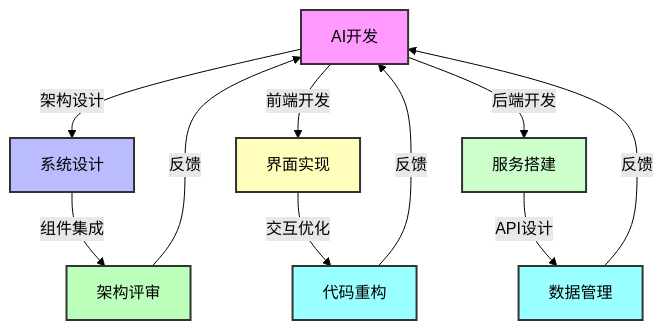
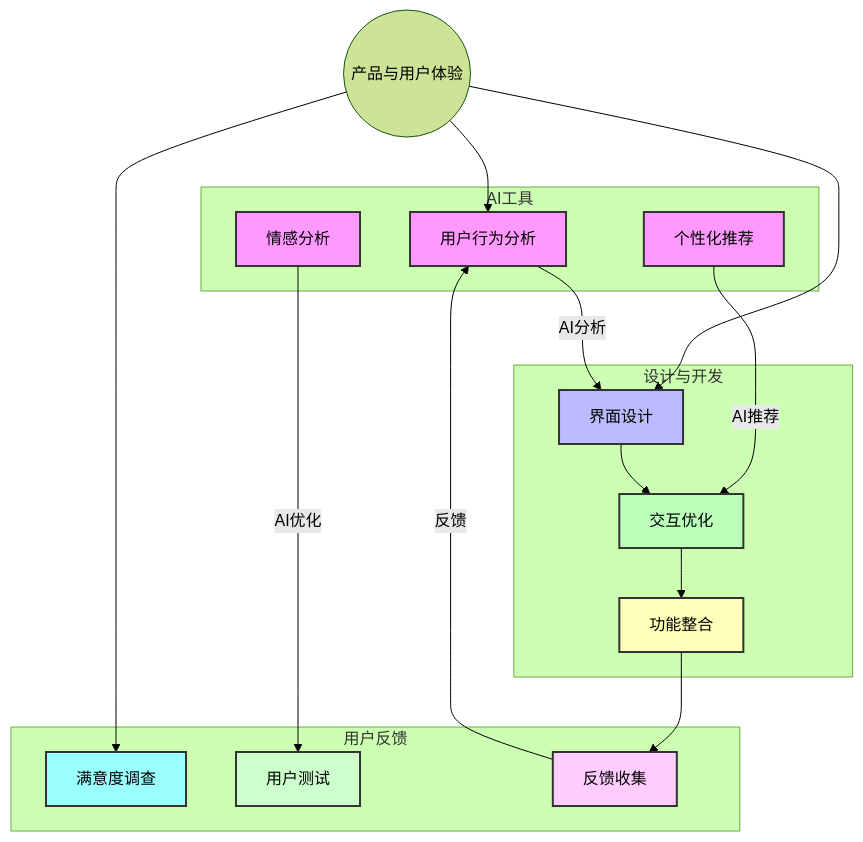
The third of 8 diagrams in advanced/前言.md (wutongci/cursor-courses), drawn with Mermaid (forest theme) before and after one commit. The commit also changed other lines of this file, not shown here.

````diff
--- a/advanced/前言.md
+++ b/advanced/前言.md
@@ -81,21 +108,38 @@
 ```mermaid
 graph TD;
-    AI开发 -->|架构设计| 系统设计
-    系统设计 -->|组件集成| 架构评审
-    架构评审 -->|反馈| AI开发
-
-    AI开发 -->|前端开发| 界面实现
-    界面实现 -->|交互优化| 代码重构
-    代码重构 -->|反馈| AI开发
-
-    AI开发 -->|后端开发| 服务搭建
-    服务搭建 -->|API设计| 数据管理
-    数据管理 -->|反馈| AI开发
-    style AI开发 fill:#f9f,stroke:#333,stroke-width:2px;
-    style 系统设计 fill:#bbf,stroke:#333,stroke-width:2px;
-    style 架构评审 fill:#bfb,stroke:#333,stroke-width:2px;
-    style 界面实现 fill:#ffb,stroke:#333,stroke-width:2px;
-    style 代码重构 fill:#9ff,stroke:#333,stroke-width:2px;
-    style 服务搭建 fill:#cfc,stroke:#333,stroke-width:2px;
-    style 数据管理 fill:#9ff,stroke:#333,stroke-width:2px;
+    A((产品与用户体验))
+    subgraph AI工具
+        B[用户行为分析]
+        C[个性化推荐]
+        D[情感分析]
+    end
+    subgraph 设计与开发
+        E[界面设计]
+        F[交互优化]
+        G[功能整合]
+    end
+    subgraph 用户反馈
+        H[满意度调查]
+        I[用户测试]
+        J[反馈收集]
+    end
+    A --> B
+    A --> E
+    A --> H
+    B -->|AI分析| E
+    C -->|AI推荐| F
+    D -->|AI优化| I
+    E --> F
+    F --> G
+    G --> J
+    J -->|反馈| B
+    style B fill:#f9f,stroke:#333,stroke-width:2px;
+    style C fill:#f9f,stroke:#333,stroke-width:2px;
+    style D fill:#f9f,stroke:#333,stroke-width:2px;
+    style E fill:#bbf,stroke:#333,stroke-width:2px;
+    style F fill:#bfb,stroke:#333,stroke-width:2px;
+    style G fill:#ffb,stroke:#333,stroke-width:2px;
+    style H fill:#9ff,stroke:#333,stroke-width:2px;
+    style I fill:#cfc,stroke:#333,stroke-width:2px;
+    style J fill:#fcf,stroke:#333,stroke-width:2px;
 ```
````
